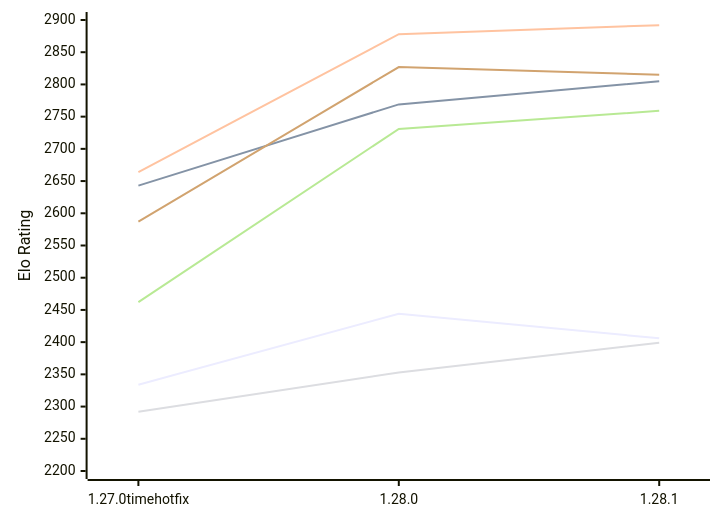
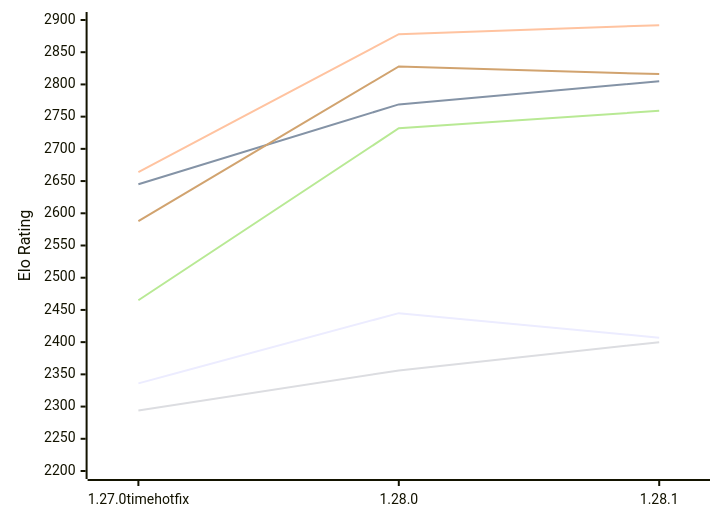
The first of 2 diagrams in engines/Aurora.md (computer-chess-index/cci), drawn with Mermaid before and after one commit. The commit also changed other lines of this file, not shown here.

Commit message:
Update CCI Ratings (ELO VLTC) - 2026-11-19

````diff
--- a/engines/Aurora.md
+++ b/engines/Aurora.md
@@ -52,12 +52,12 @@
 ```mermaid
 %%{init: {"theme":"base","themeVariables":{"seriesColors:['#a3a3a3','#222221','#faa371']}}}%%
 xychart-beta
   x-axis ["1.27.0timehotfix", "1.28.0", "1.28.1"]
   y-axis "Elo Rating" 2200 --> 2900
-  line "E1: STC (8.0+0.08s)" [2334, 2444, 2406]
-  line "E1: LTC (60.0+0.60s)" [2643, 2769, 2805]
+  line "E1: STC (8.0+0.08s)" [2336, 2445, 2407]
+  line "E1: LTC (60.0+0.60s)" [2645, 2769, 2805]
   line "E1: VLTC (2m24s+1.12s)" [2664, 2878, 2892]
-  line "P1: STC (8.0+0.08s)" [2292, 2353, 2399]
-  line "P1: LTC (60.0+0.60s)" [2462, 2731, 2759]
-  line "P1: VLTC (2m24s+1.12s)" [2587, 2827, 2815]
+  line "P1: STC (8.0+0.08s)" [2294, 2356, 2400]
+  line "P1: LTC (60.0+0.60s)" [2465, 2732, 2759]
+  line "P1: VLTC (2m24s+1.12s)" [2588, 2828, 2816]
 ```
````
